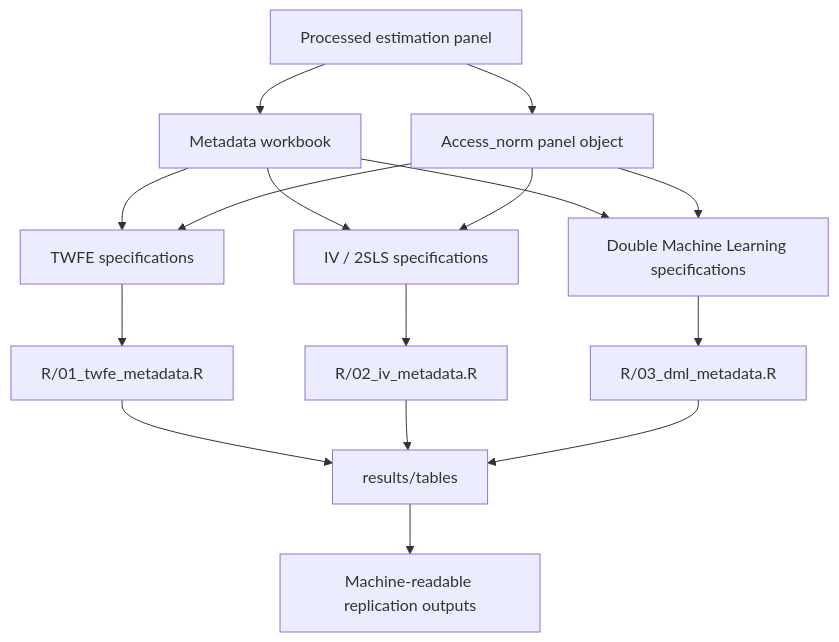
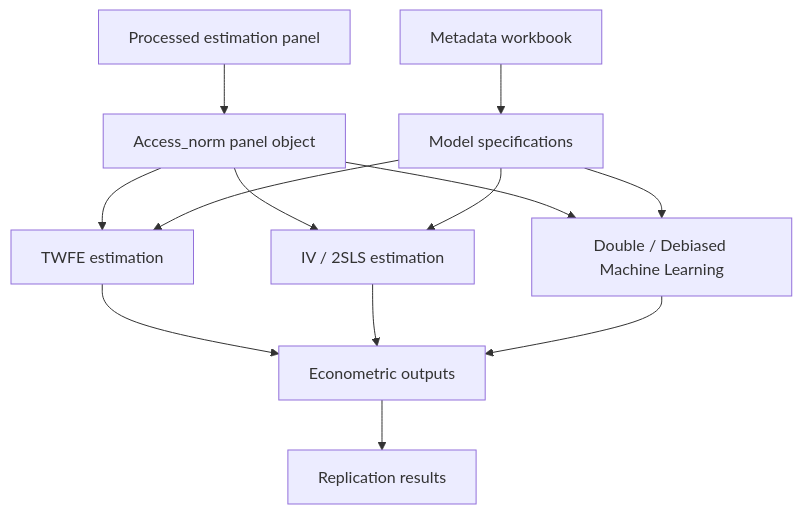
One commit to gmonturano/Fuel-Costs-and-Spatial-Rail-Accessibility changed the diagram in README.md. Above: the diagram before and after it, drawn with Mermaid. The commit also changed other lines of this file, not shown here.

````diff
--- a/README.md
+++ b/README.md
@@ -15,18 +32,19 @@
 ```mermaid
 flowchart TD
-    A[Processed estimation panel] --> B[Metadata workbook]
-    B --> C1[TWFE specifications]
-    B --> C2[IV / 2SLS specifications]
-    B --> C3[Double Machine Learning specifications]
-    A --> D[Access_norm panel object]
-    D --> C1
-    D --> C2
-    D --> C3
-    C1 --> E1[R/01_twfe_metadata.R]
-    C2 --> E2[R/02_iv_metadata.R]
-    C3 --> E3[R/03_dml_metadata.R]
-    E1 --> F[results/tables]
+    A[Processed estimation panel] --> B[Access_norm panel object]
+    C[Metadata workbook] --> D[Model specifications]
+
+    B --> E1[TWFE estimation]
+    B --> E2[IV / 2SLS estimation]
+    B --> E3[Double / Debiased Machine Learning]
+
+    D --> E1
+    D --> E2
+    D --> E3
+
+    E1 --> F[Econometric outputs]
     E2 --> F
     E3 --> F
-    F --> G[Machine-readable replication outputs]
+
+    F --> G[Replication results]
 ```
````
